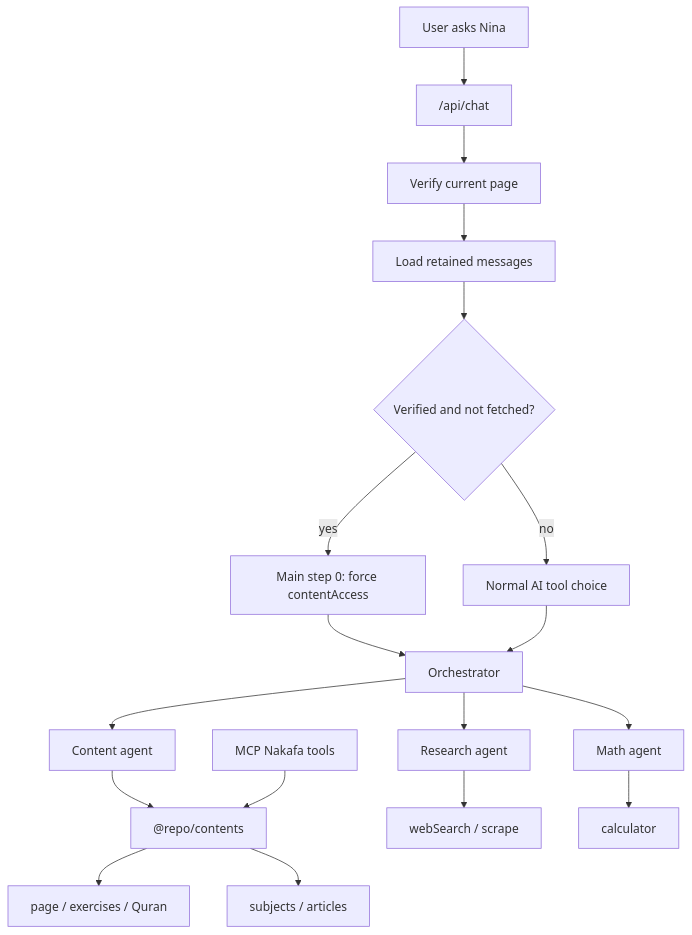
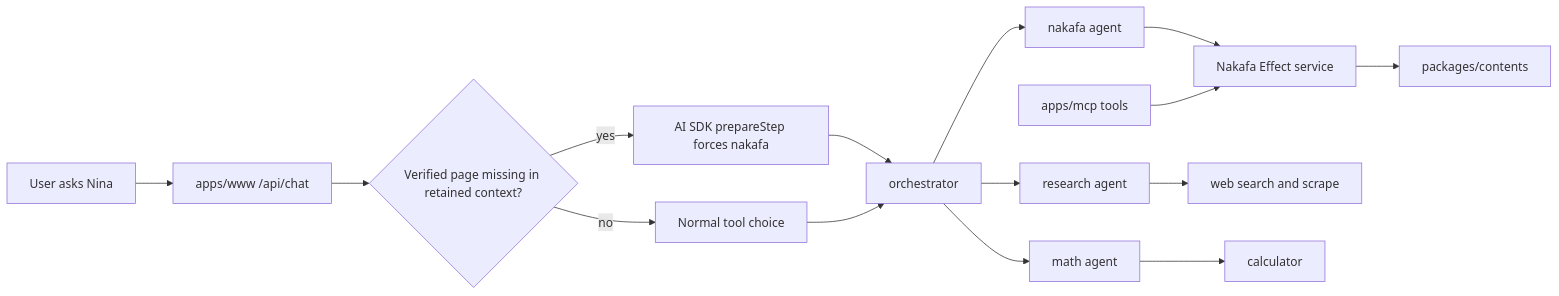
The first of 2 diagrams in packages/ai/agents/docs/architecture.md (nakafaai/nakafa.com), drawn with Mermaid before and after one commit. The commit also changed other lines of this file and 81 other files, not shown here.

First line of the commit message:
Add Nakafa agent/service and replace content

````diff
--- a/packages/ai/agents/docs/architecture.md
+++ b/packages/ai/agents/docs/architecture.md
@@ -59,24 +9,17 @@
 ```mermaid
-flowchart TD
-    A["User asks Nina"] --> B["/api/chat"]
-    B --> C["Verify current page"]
-    C --> D["Load retained messages"]
-    D --> E{"Verified and not fetched?"}
-
-    E -- "yes" --> F["Main step 0: force contentAccess"]
-    E -- "no" --> G["Normal AI tool choice"]
-
-    F --> H["Orchestrator"]
-    G --> H
-
-    H --> I["Content agent"]
-    H --> J["Research agent"]
-    H --> K["Math agent"]
-
-    I --> L["@repo/contents"]
-    L --> M["page / exercises / Quran"]
-    L --> N["subjects / articles"]
-    P["MCP Nakafa tools"] --> L
-    J --> Q["webSearch / scrape"]
-    K --> O["calculator"]
+flowchart LR
+  User["User asks Nina"] --> Route["apps/www /api/chat"]
+  Route --> Check{"Verified page missing in retained context?"}
+  Check -- "yes" --> Force["AI SDK prepareStep forces nakafa"]
+  Check -- "no" --> Normal["Normal tool choice"]
+  Force --> Orchestrator["orchestrator"]
+  Normal --> Orchestrator
+  Orchestrator --> Nakafa["nakafa agent"]
+  Orchestrator --> Research["research agent"]
+  Orchestrator --> Math["math agent"]
+  Nakafa --> Service["Nakafa Effect service"]
+  Mcp["apps/mcp tools"] --> Service
+  Service --> Contents["packages/contents"]
+  Research --> Web["web search and scrape"]
+  Math --> Calc["calculator"]
 ```
````
